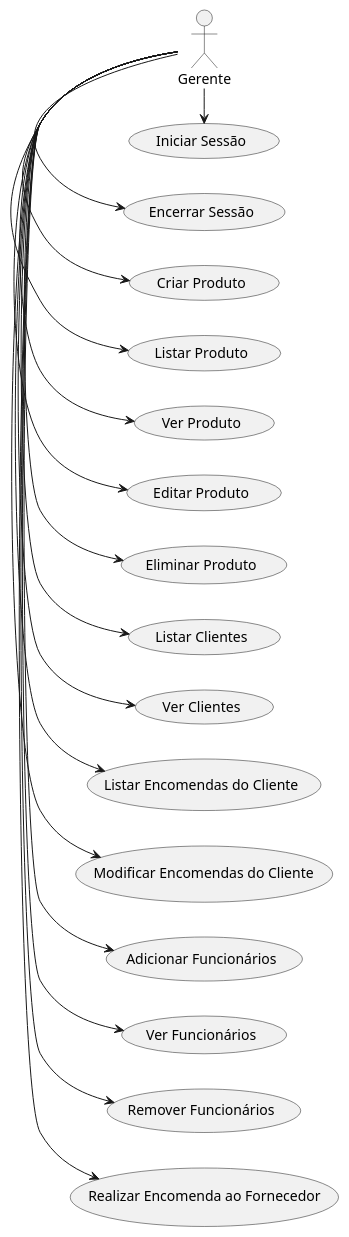
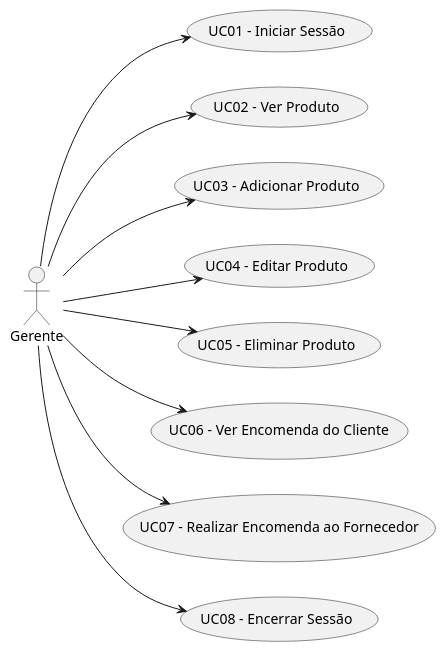
Before and after one commit to goncalomaia18/fsoft2026_1DC_2: the diagram in Documentation/Iteratiton01/UC Gerente/puml/UCGerente.puml, drawn with PlantUML. The commit also changed 24 other files, not shown here.

```diff
--- a/Documentation/Iteratiton01/UC Gerente/puml/UCGerente.puml
+++ b/Documentation/Iteratiton01/UC Gerente/puml/UCGerente.puml
@@ -1,20 +1,15 @@
 @startuml
 left to right direction
 
-Gerente -> (Realizar Encomenda ao Fornecedor)
-Gerente -> (Remover Funcionários)
-Gerente -> (Ver Funcionários)
-Gerente -> (Adicionar Funcionários)
-Gerente -> (Modificar Encomendas do Cliente)
-Gerente -> (Listar Encomendas do Cliente)
-Gerente -> (Ver Clientes)
-Gerente -> (Listar Clientes)
-Gerente -> (Eliminar Produto)
-Gerente -> (Editar Produto)
-Gerente -> (Ver Produto)
-Gerente -> (Listar Produto)
-Gerente -> (Criar Produto)
-Gerente -> (Encerrar Sessão)
-Gerente -> (Iniciar Sessão)
+actor Gerente
+
+Gerente --> (UC01 - Iniciar Sessão)
+Gerente --> (UC02 - Ver Produto)
+Gerente --> (UC03 - Adicionar Produto)
+Gerente --> (UC04 - Editar Produto)
+Gerente --> (UC05 - Eliminar Produto)
+Gerente --> (UC06 - Ver Encomenda do Cliente)
+Gerente --> (UC07 - Realizar Encomenda ao Fornecedor)
+Gerente --> (UC08 - Encerrar Sessão)
 
 @enduml
```
